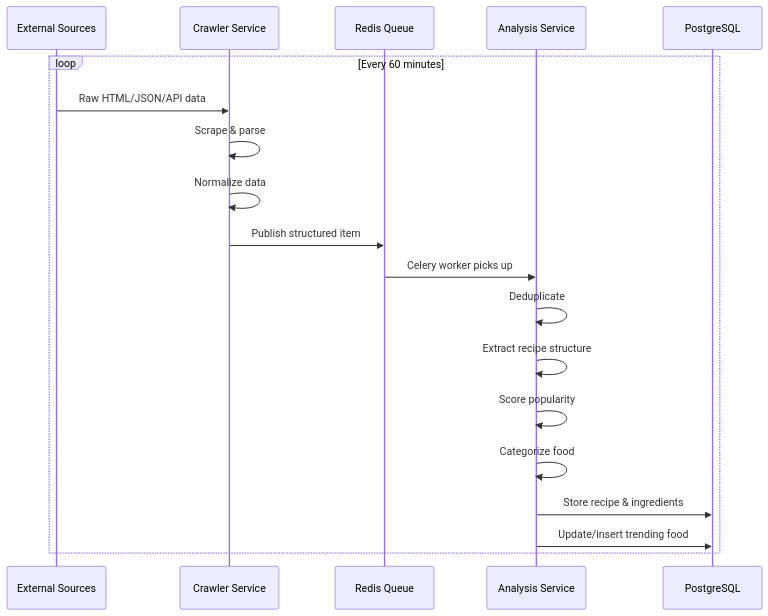
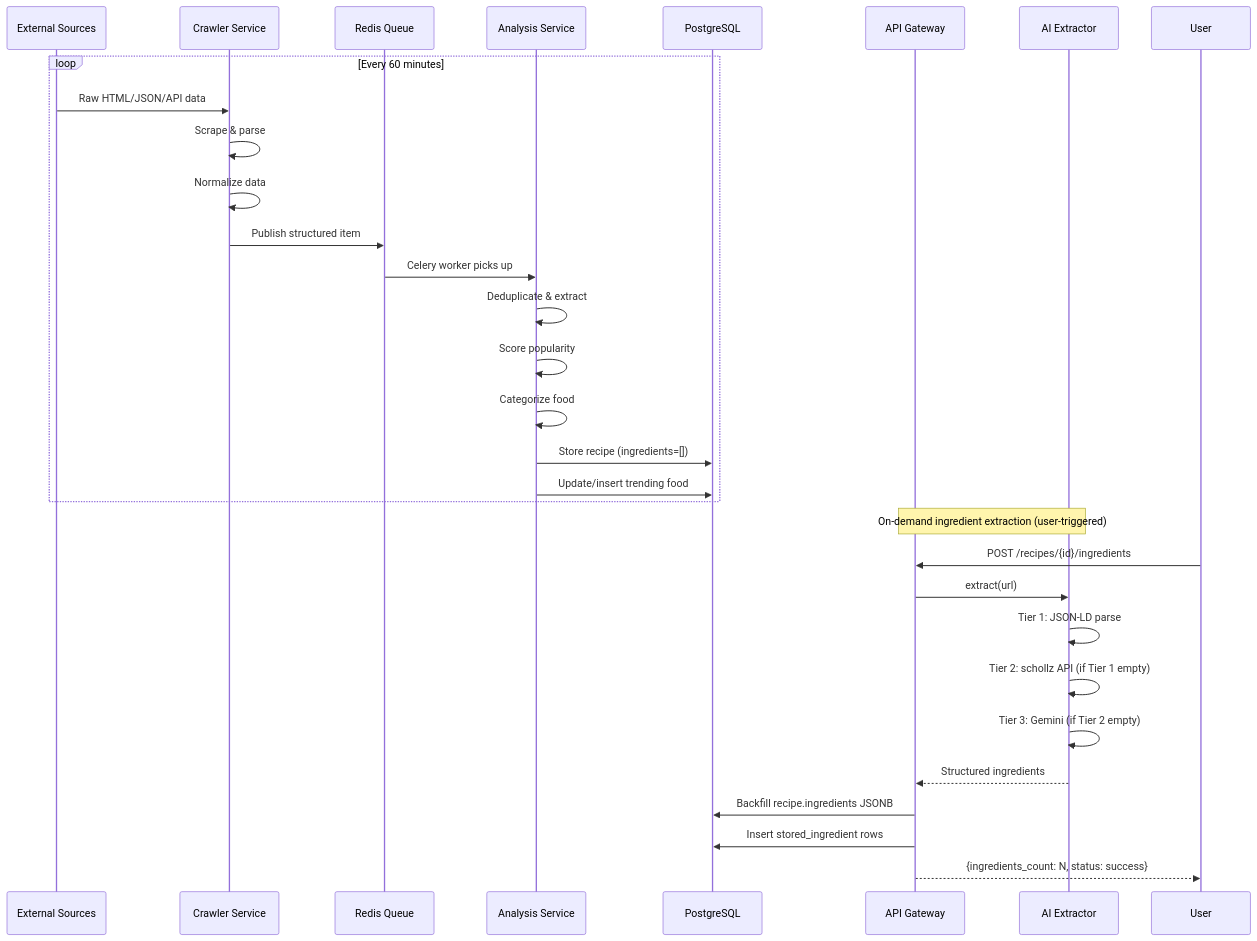
One commit to Sherayu/BlockChainFood changed the seventh of 10 diagrams in README.md. Above: the diagram before and after it, drawn with Mermaid. The commit also changed other lines of this file and 41 other files, not shown here.

First line of the commit message:
fix: implement three-tier AI ingredient extractor, fix crawler bugs, add analytics stack

````diff
--- a/README.md
+++ b/README.md
@@ -331,22 +377,34 @@
 ```mermaid
 sequenceDiagram
     participant Src as External Sources
     participant Cr as Crawler Service
     participant MQ as Redis Queue
     participant An as Analysis Service
     participant DB as PostgreSQL
+    participant GW as API Gateway
+    participant AI as AI Extractor
 
     loop Every 60 minutes
         Src->>Cr: Raw HTML/JSON/API data
         Cr->>Cr: Scrape & parse
         Cr->>Cr: Normalize data
         Cr->>MQ: Publish structured item
         MQ->>An: Celery worker picks up
-        An->>An: Deduplicate
-        An->>An: Extract recipe structure
+        An->>An: Deduplicate & extract
         An->>An: Score popularity
         An->>An: Categorize food
-        An->>DB: Store recipe & ingredients
+        An->>DB: Store recipe (ingredients=[])
         An->>DB: Update/insert trending food
     end
+
+    Note over GW,AI: On-demand ingredient extraction (user-triggered)
+    User->>GW: POST /recipes/{id}/ingredients
+    GW->>AI: extract(url)
+    AI->>AI: Tier 1: JSON-LD parse
+    AI->>AI: Tier 2: schollz API (if Tier 1 empty)
+    AI->>AI: Tier 3: Gemini (if Tier 2 empty)
+    AI-->>GW: Structured ingredients
+    GW->>DB: Backfill recipe.ingredients JSONB
+    GW->>DB: Insert stored_ingredient rows
+    GW-->>User: {ingredients_count: N, status: success}
 ```
````
